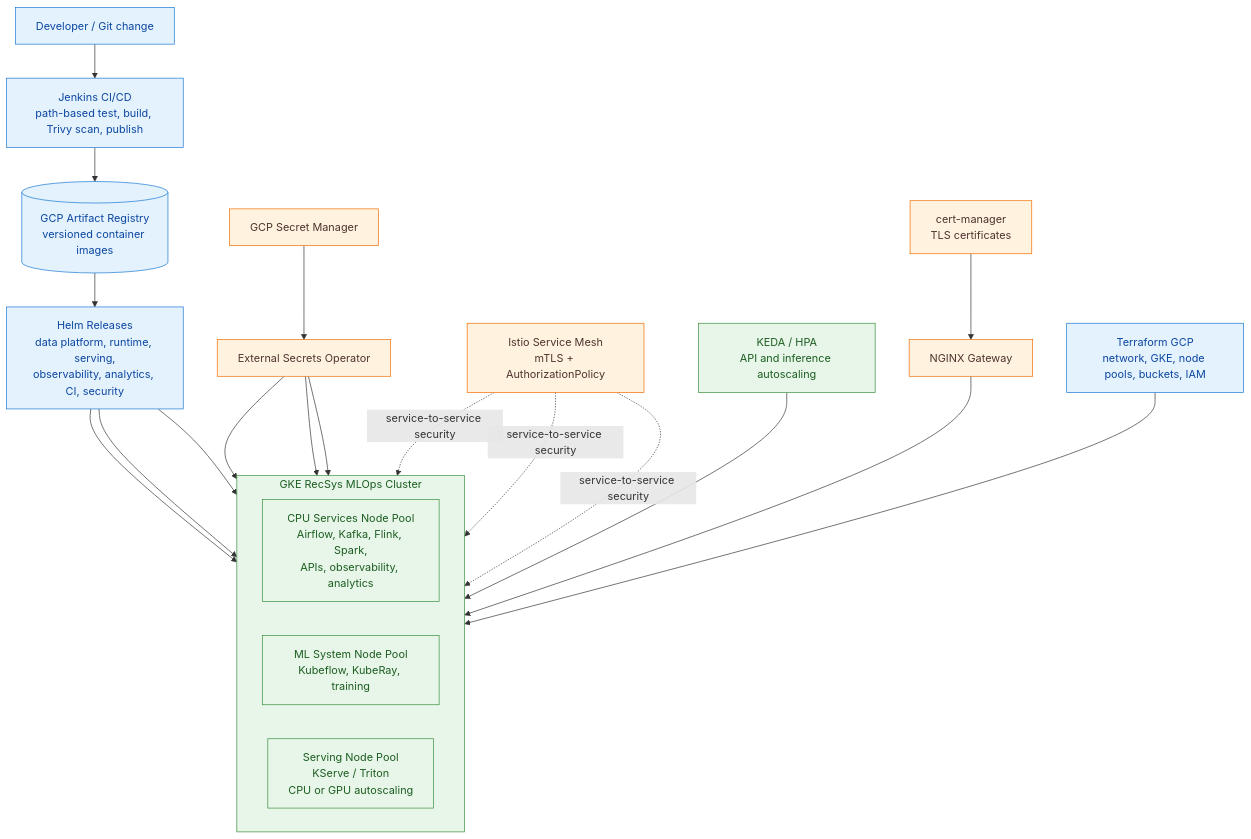
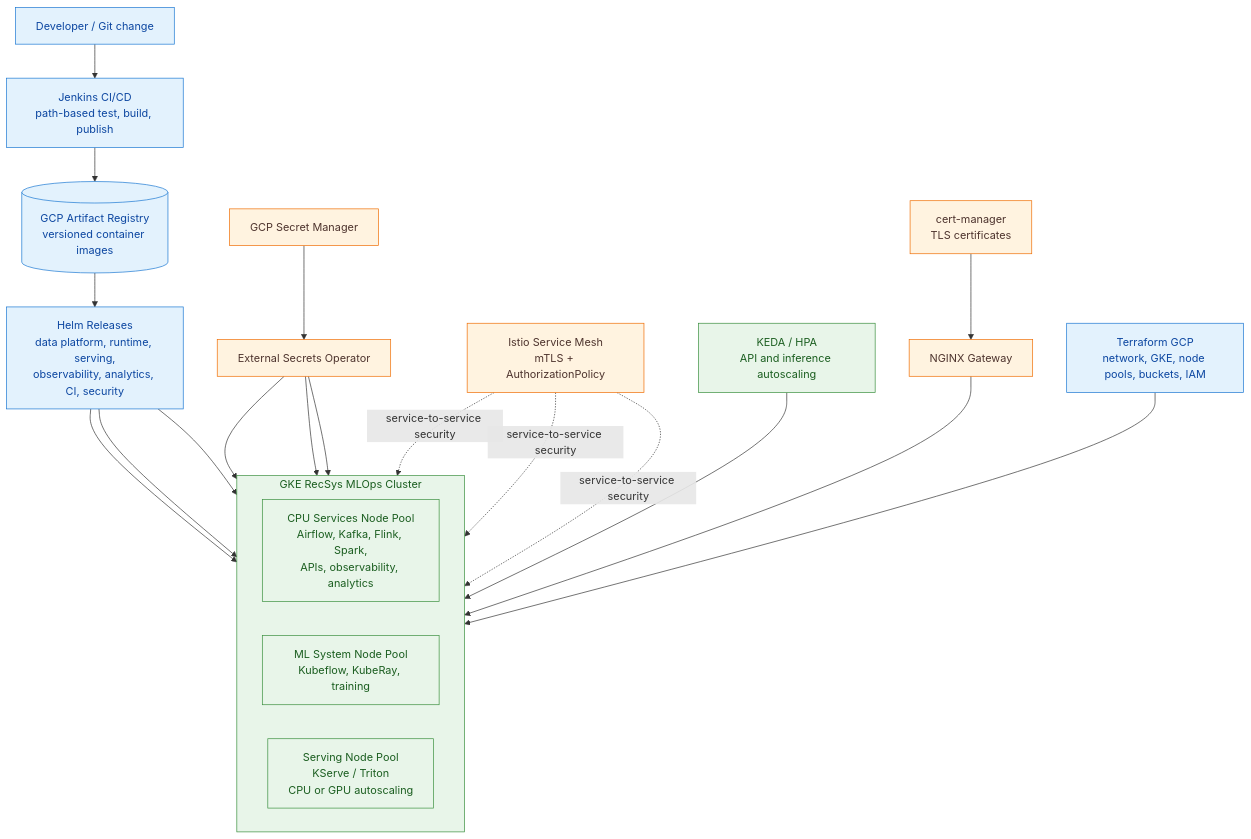
Before and after one commit to itsmekhoathekid/RecSys-MLops: the fifth of 5 diagrams in docs/submission/rubic-final-coursework-(final-ml)/high_level_system_design.md, drawn with Mermaid. The commit also changed other lines of this file and 59 other files, not shown here.

````diff
--- a/docs/submission/rubic-final-coursework-(final-ml)/high_level_system_design.md
+++ b/docs/submission/rubic-final-coursework-(final-ml)/high_level_system_design.md
@@ -690,45 +690,45 @@
 ```mermaid
 flowchart TB
   Developer["Developer / Git change"]
-  CI["Jenkins CI/CD<br/>path-based test, build, Trivy scan, publish"]
+  CI["Jenkins CI/CD<br/>path-based test, build, publish"]
   Registry[("GCP Artifact Registry<br/>versioned container images")]
   Terraform["Terraform GCP<br/>network, GKE, node pools, buckets, IAM"]
   Helm["Helm Releases<br/>data platform, runtime, serving,<br/>observability, analytics, CI, security"]
 
   subgraph GKE["GKE RecSys MLOps Cluster"]
     direction LR
     CPU["CPU Services Node Pool<br/>Airflow, Kafka, Flink, Spark,<br/>APIs, observability, analytics"]
     ML["ML System Node Pool<br/>Kubeflow, KubeRay, training"]
     Serving["Serving Node Pool<br/>KServe / Triton<br/>CPU or GPU autoscaling"]
   end
 
   SecretManager["GCP Secret Manager"]
   ESO["External Secrets Operator"]
   Istio["Istio Service Mesh<br/>mTLS + AuthorizationPolicy"]
   CertManager["cert-manager<br/>TLS certificates"]
   KEDA["KEDA / HPA<br/>API and inference autoscaling"]
   Gateway["NGINX Gateway"]
 
   Developer --> CI --> Registry
   Terraform --> GKE
   Registry --> Helm --> CPU
   Helm --> ML
   Helm --> Serving
   SecretManager --> ESO --> CPU
   ESO --> ML
   ESO --> Serving
   Istio -. "service-to-service security" .-> CPU
   Istio -. "service-to-service security" .-> ML
   Istio -. "service-to-service security" .-> Serving
   CertManager --> Gateway
   KEDA --> Serving
   Gateway --> CPU
 
   classDef delivery fill:#e3f2fd,stroke:#1976d2,color:#0d47a1;
   classDef cluster fill:#e8f5e9,stroke:#388e3c,color:#1b5e20;
   classDef security fill:#fff3e0,stroke:#ef6c00,color:#4e342e;
 
   class Developer,CI,Registry,Terraform,Helm delivery;
   class CPU,ML,Serving,KEDA cluster;
   class SecretManager,ESO,Istio,CertManager,Gateway security;
 ```
````
